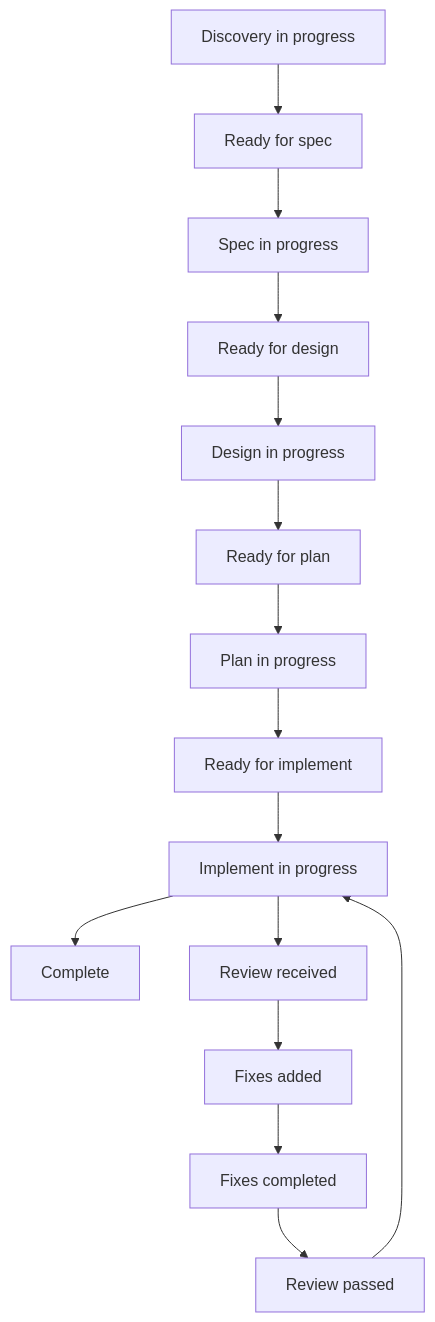
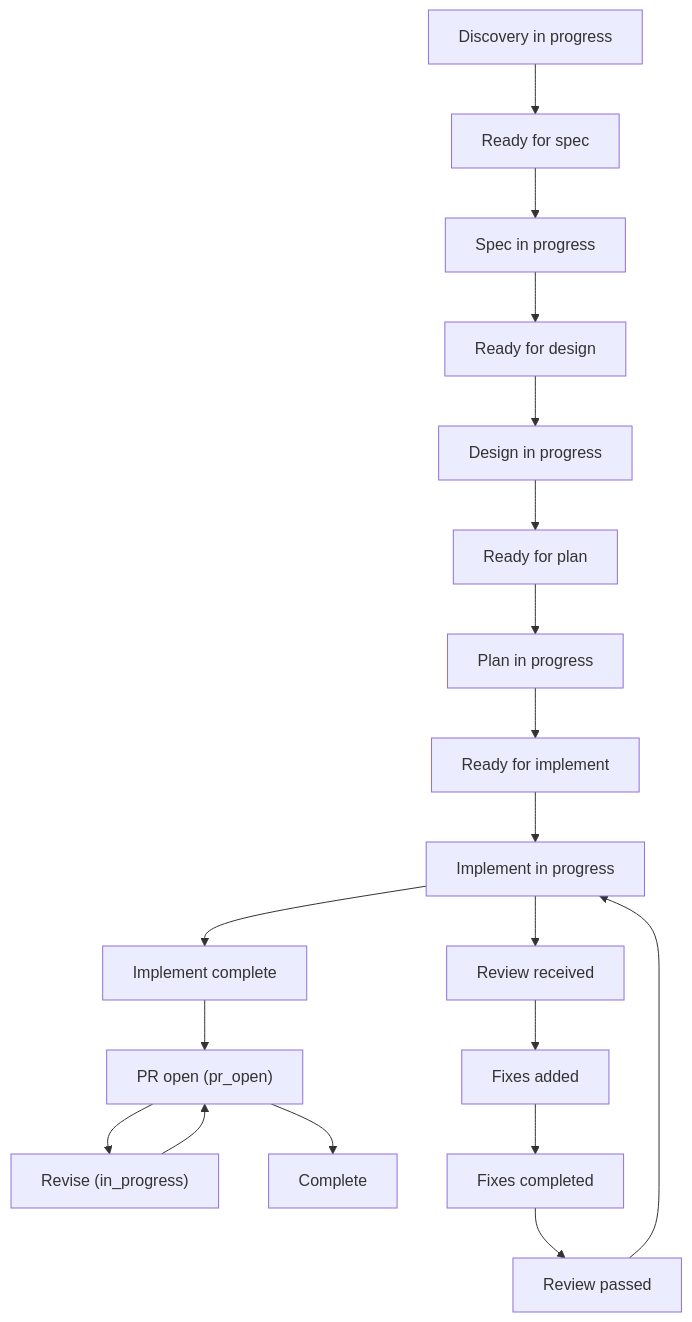
The diagram in apps/oat-docs/docs/guide/workflow/state-machine.md (voxmedia/open-agent-toolkit), drawn with Mermaid before and after one commit. The commit also changed other lines of this file and 36 other files, not shown here.

````diff
--- a/apps/oat-docs/docs/guide/workflow/state-machine.md
+++ b/apps/oat-docs/docs/guide/workflow/state-machine.md
@@ -10,14 +10,18 @@
 ```mermaid
 flowchart TD
   D["Discovery in progress"] --> RS["Ready for spec"]
   RS --> S["Spec in progress"] --> RD["Ready for design"]
   RD --> G["Design in progress"] --> RP["Ready for plan"]
   RP --> P["Plan in progress"] --> RI["Ready for implement"]
-  RI --> I["Implement in progress"] --> C["Complete"]
+  RI --> I["Implement in progress"] --> IC["Implement complete"]
+  IC --> PRO["PR open (pr_open)"]
+  PRO --> REV["Revise (in_progress)"]
+  REV --> PRO
+  PRO --> C["Complete"]
 
   I --> RV["Review received"]
   RV --> FA["Fixes added"]
   FA --> FC["Fixes completed"]
   FC --> PASSED["Review passed"]
   PASSED --> I
 ```
````
